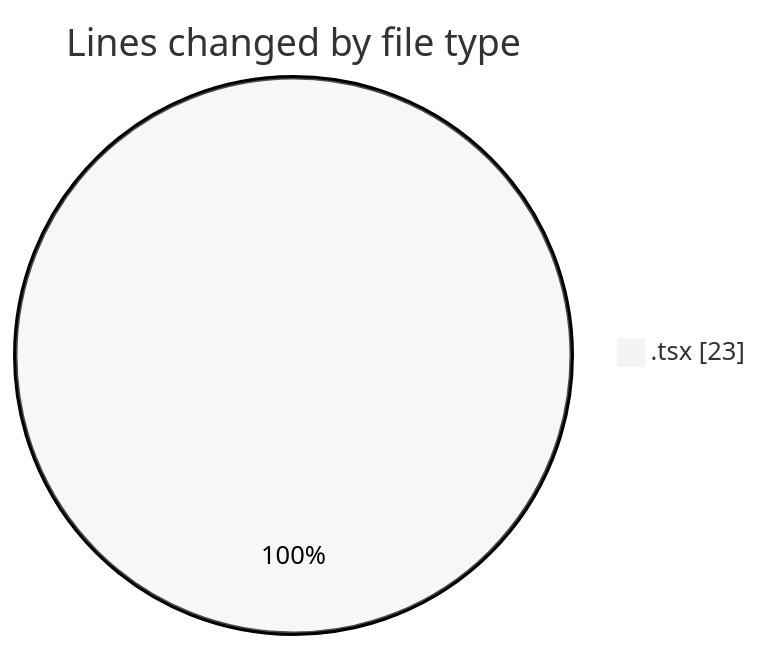
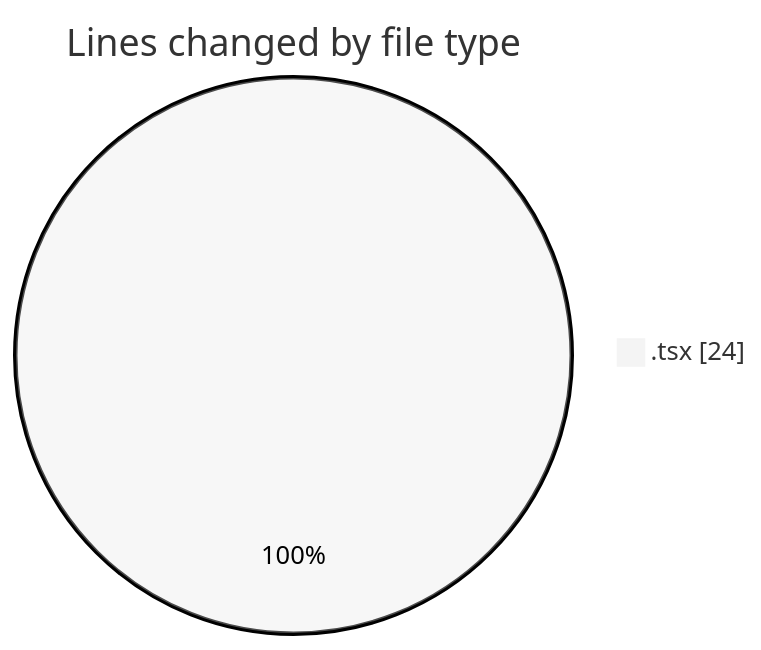
Before and after one commit to donsfak/code-tracking: the first of 2 diagrams in 2025-02-08/portofolio/README.md, drawn with Mermaid (neutral theme). The commit also changed other lines of this file and 1 other file, not shown here.

````diff
--- a/2025-02-08/portofolio/README.md
+++ b/2025-02-08/portofolio/README.md
@@ -20,5 +20,5 @@
 ```mermaid
 pie showData
 title Lines changed by file type
-".tsx" : 23
+".tsx" : 24
 ```
````
